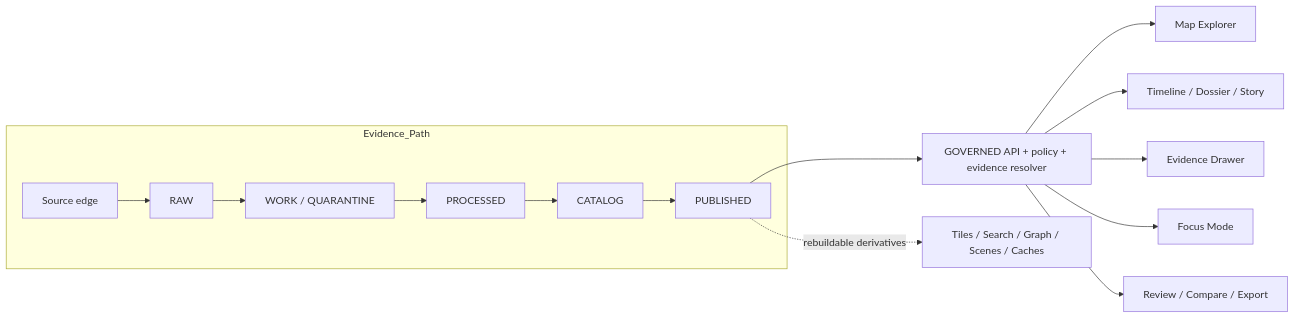
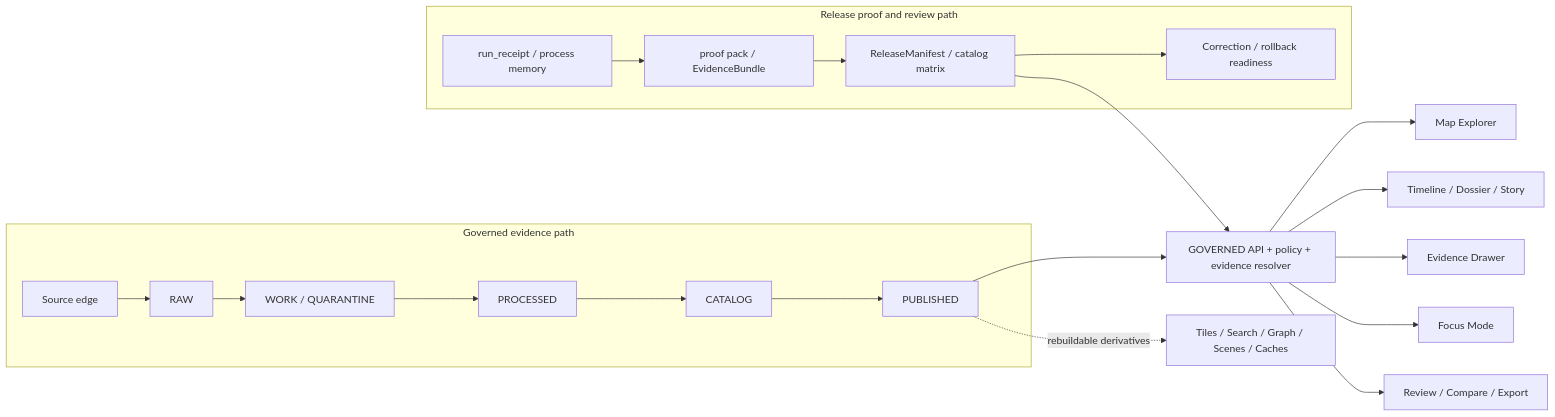
Before and after one commit to bartytime4life/Kansas-Frontier-Matrix: the diagram in README.md, drawn with Mermaid. The commit also changed other lines of this file, not shown here.

````diff
--- a/README.md
+++ b/README.md
@@ -506,19 +546,27 @@
 ```mermaid
 flowchart LR
-    subgraph Evidence_Path
+    subgraph Evidence_Path["Governed evidence path"]
       A[Source edge] --> B[RAW]
       B --> C[WORK / QUARANTINE]
       C --> D[PROCESSED]
       D --> E[CATALOG]
       E --> F[PUBLISHED]
     end
 
+    subgraph Proof_Path["Release proof and review path"]
+      R1[run_receipt / process memory] --> R2[proof pack / EvidenceBundle]
+      R2 --> R3[ReleaseManifest / catalog matrix]
+      R3 --> R4[Correction / rollback readiness]
+    end
+
     F --> G[GOVERNED API + policy + evidence resolver]
+    R3 --> G
+
     G --> H[Map Explorer]
     G --> I[Timeline / Dossier / Story]
     G --> J[Evidence Drawer]
     G --> K[Focus Mode]
     G --> L[Review / Compare / Export]
 
     F -. rebuildable derivatives .-> M[Tiles / Search / Graph / Scenes / Caches]
 ```
````
